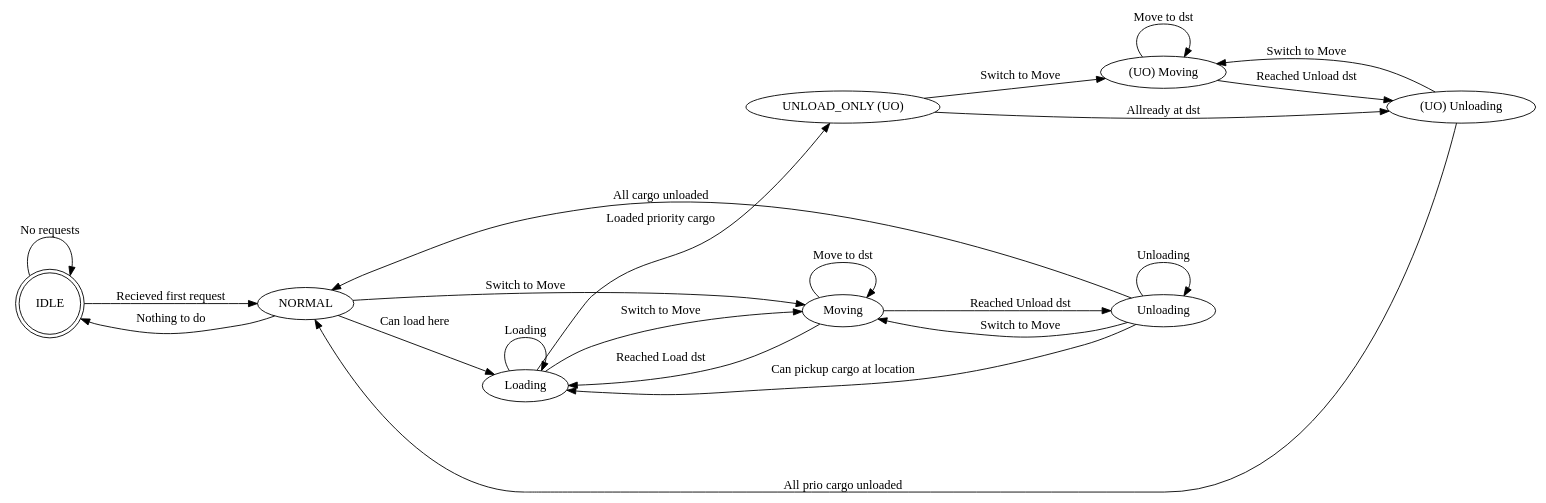
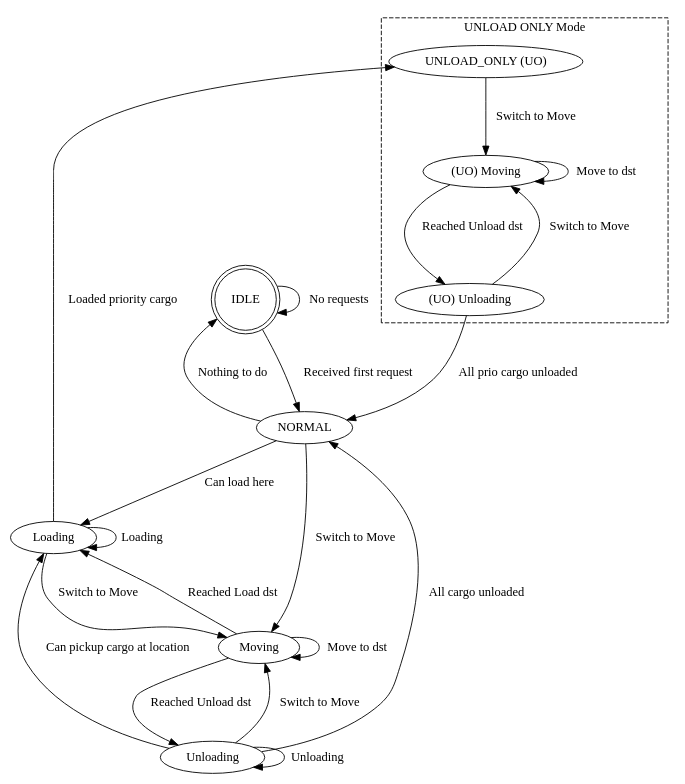
The diagram in cartctl/diagrams/CartStatus.dot (xhosad00/ATA_1), drawn with Graphviz before and after one commit. The commit also changed 4 other files, not shown here.

Commit message:
Graphs update

```diff
--- a/cartctl/diagrams/CartStatus.dot
+++ b/cartctl/diagrams/CartStatus.dot
@@ -1,52 +1,50 @@
 digraph CartStatus {
+    rankdir=TB;
+    nodesep=0.3;
+    ranksep=1.0;
+
+    // States
+    IDLE [shape=doublecircle];
+    NORMAL;
+    Moving;
+    Unloading;
+    Loading;
+
+    subgraph cluster_UO {
+        label="UNLOAD ONLY Mode";
+        style=dashed;
+        "UNLOAD_ONLY (UO)";
+        "(UO) Moving";
+        "(UO) Unloading";
+    }
+
+    // Edges
+    IDLE -> NORMAL [label="Received first request"];
+    IDLE -> IDLE [label="No requests"];
+    NORMAL -> IDLE [label="Nothing to do"];
+    NORMAL -> Moving [label="Switch to Move"];
+    NORMAL -> Loading [label="Can load here"];
+
+    Moving -> Unloading [label="Reached Unload dst"];
+    Moving -> Moving [label="Move to dst"];
+    Moving -> Loading [label="Reached Load dst"];
+
+    Loading -> Loading [label="Loading"];
+    Loading -> Moving [label="Switch to Move"];
+    Loading -> "UNLOAD_ONLY (UO)" [label="Loaded priority cargo"];
+
+    Unloading -> Loading [label="Can pickup cargo at location"];
+    Unloading -> Moving [label="Switch to Move"];
+    Unloading -> Unloading [label="Unloading"];
+    Unloading -> NORMAL [label="All cargo unloaded"];
+
+    // UNLOAD ONLY 
+    "UNLOAD_ONLY (UO)" -> "(UO) Moving" [label="Switch to Move"];
+    // "UNLOAD_ONLY (UO)" -> "(UO) Unloading" [label="Already at dst"];
+
+    "(UO) Moving" -> "(UO) Moving" [label="Move to dst"];
+    "(UO) Moving" -> "(UO) Unloading" [label="Reached Unload dst"];
     
-    rankdir=LR; // TB or LR
-    nodesep=0.5; // Horizontal spacing
-    ranksep=0.5; // Vertical spacing
-    
-    //states
-    IDLE [shape=doublecircle ]
-    NORMAL
-    
-    Moving
-    Unloading
-    Loading
-    
-    "UNLOAD_ONLY (UO)"
-    "(UO) Moving"
-    "(UO) Unloading"
-    
-    //edges
-    IDLE -> NORMAL [label="Recieved first request"]
-    IDLE -> IDLE [label="No requests"]
-    
-    // NORMAL -> "UNLOAD_ONLY (UO)" [label="Has prio cargo request"]
-    NORMAL -> IDLE [label="Nothing to do"]
-    NORMAL -> Moving [label="Switch to Move"]
-    NORMAL -> Loading [label="Can load here"]
-    
-    Moving -> Unloading [label="Reached Unload dst"]
-    Moving -> Moving [label="Move to dst"]
-    Moving -> Loading [label="Reached Load dst"]
-    
-    
-    Loading -> Loading  [label="Loading"]
-    Loading -> Moving  [label="Switch to Move"]
-    Loading -> "UNLOAD_ONLY (UO)"  [label="Loaded priority cargo"]
-    
-    Unloading -> Loading  [label="Can pickup cargo at location"]
-    Unloading -> Moving  [label="Switch to Move"]
-    Unloading -> Unloading  [label="Unloading"]
-    Unloading -> NORMAL  [label="All cargo unloaded" ]
-    
-    // "UNLOAD_ONLY (UO)" -> NORMAL [label="All prio cargo unloaded"]    
-    "UNLOAD_ONLY (UO)" -> "(UO) Moving" [label="Switch to Move"]
-    "UNLOAD_ONLY (UO)" -> "(UO) Unloading" [label="Allready at dst"]
-
-    "(UO) Moving" -> "(UO) Moving" [label="Move to dst"]
-    "(UO) Moving" -> "(UO) Unloading" [label="Reached Unload dst"]
-    
-    // "(UO) Unloading" -> "UNLOAD_ONLY (UO)" [label="Finished Unloading"]
-    "(UO) Unloading" -> "(UO) Moving" [label="Switch to Move"]
-    "(UO) Unloading" -> NORMAL [label="All prio cargo unloaded"]      
+    "(UO) Unloading" -> "(UO) Moving" [label="Switch to Move"];
+    "(UO) Unloading" -> NORMAL [label="All prio cargo unloaded"];
 }
```
